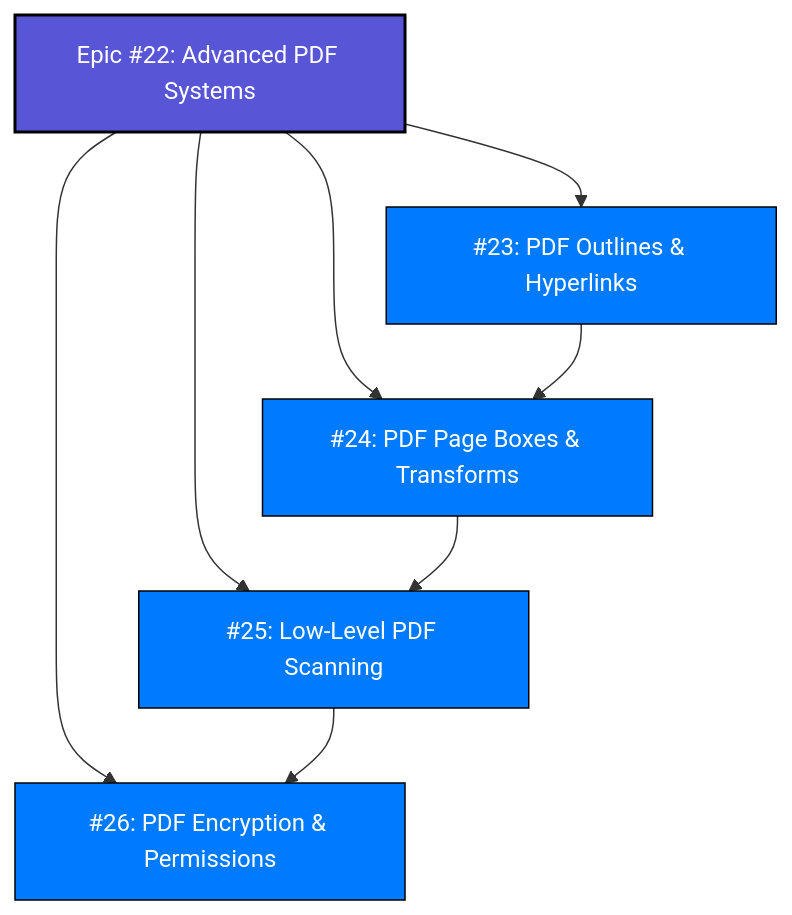
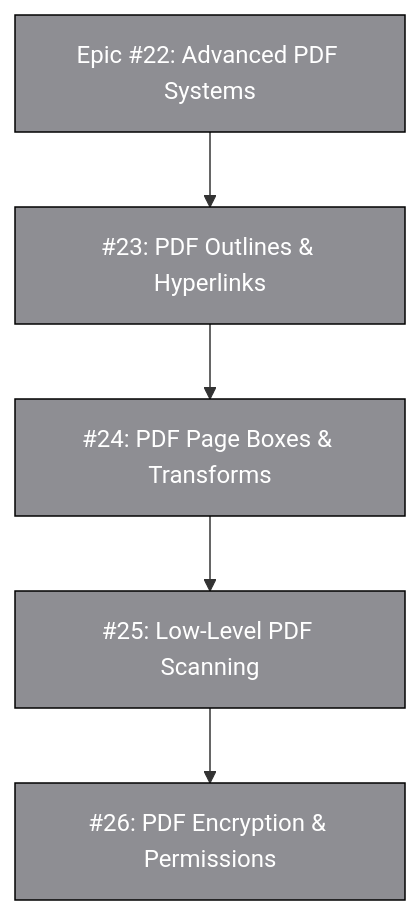
The fourth of 4 diagrams in docs/quartz_missing_features_issues.md (SlayerMotion/PureDraw), drawn with Mermaid before and after one commit. The commit also changed other lines of this file and 1 other file, not shown here.

Commit message:
docs: standardize remaining diagrams with vertical flowchart TB and hex colors

````diff
--- a/docs/quartz_missing_features_issues.md
+++ b/docs/quartz_missing_features_issues.md
@@ -146,19 +145,17 @@
 ```mermaid
-flowchart TD
-    Epic22["Epic #22: Advanced PDF Systems"]:::epic --> I23["#23: PDF Outlines & Hyperlinks"]:::issue
-    Epic22 --> I24["#24: PDF Page Boxes & Transforms"]:::issue
-    Epic22 --> I25["#25: Low-Level PDF Scanning"]:::issue
-    Epic22 --> I26["#26: PDF Encryption & Permissions"]:::issue
-    
-    I23 --> I24
-    I24 --> I25
-    I25 --> I26
+flowchart TB
+    classDef done fill:#34C759,stroke:#000,color:#fff
+    classDef active fill:#007AFF,stroke:#000,color:#fff
+    classDef next fill:#FFCC00,stroke:#000,color:#000
+    classDef review fill:#30B0C7,stroke:#000,color:#fff
+    classDef partial fill:#FF9500,stroke:#000,color:#fff
+    classDef todo fill:#8E8E93,stroke:#000,color:#fff
 
-    classDef epic fill:#5856d6,stroke:#000,color:#fff,stroke-width:2px;
-    classDef issue fill:#007aff,stroke:#000,color:#fff;
+    Epic22["Epic #22: Advanced PDF Systems"]:::todo --> I23["#23: PDF Outlines & Hyperlinks"]:::todo --> I24["#24: PDF Page Boxes & Transforms"]:::todo --> I25["#25: Low-Level PDF Scanning"]:::todo --> I26["#26: PDF Encryption & Permissions"]:::todo
+
     click Epic22 href "https://github.com/mihaelamj/PureDraw/issues/22" "Epic #22"
     click I23 href "https://github.com/mihaelamj/PureDraw/issues/23" "Issue #23"
     click I24 href "https://github.com/mihaelamj/PureDraw/issues/24" "Issue #24"
     click I25 href "https://github.com/mihaelamj/PureDraw/issues/25" "Issue #25"
     click I26 href "https://github.com/mihaelamj/PureDraw/issues/26" "Issue #26"
 ```
````
